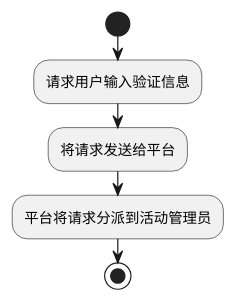
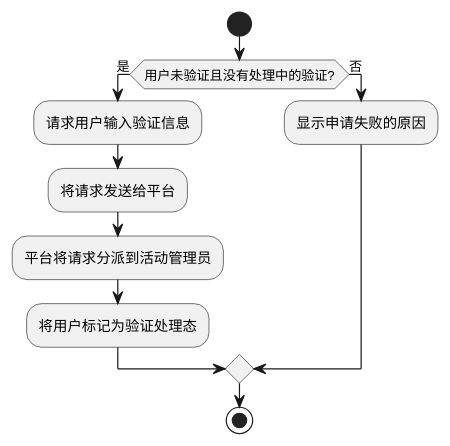
The diagram in report/misc/figure_src/uc_sub/uc_provider_request_check.puml (wwyf/Waterfall), drawn with PlantUML before and after one commit. The commit also changed 7 other files, not shown here.

```diff
--- a/report/misc/figure_src/uc_sub/uc_provider_request_check.puml
+++ b/report/misc/figure_src/uc_sub/uc_provider_request_check.puml
@@ -1,8 +1,13 @@
 @startuml
 ''' Layout
 start
-:请求用户输入验证信息;
-:将请求发送给平台;
-:平台将请求分派到活动管理员;
+if (用户未验证且没有处理中的验证?) then (是)
+    :请求用户输入验证信息;
+    :将请求发送给平台;
+    :平台将请求分派到活动管理员;
+    :将用户标记为验证处理态;
+else (否)
+    :显示申请失败的原因;
+endif
 stop
 @enduml
```
